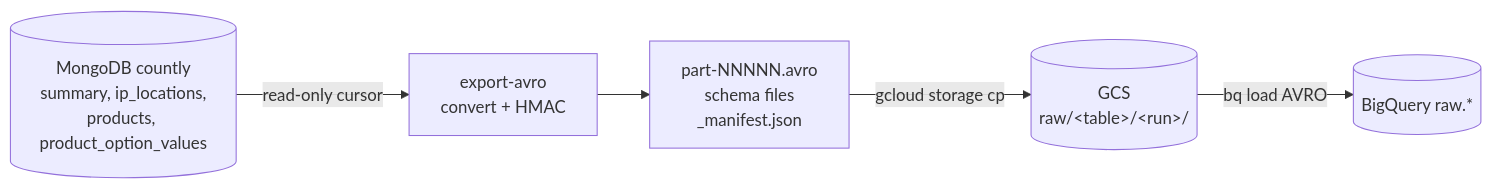
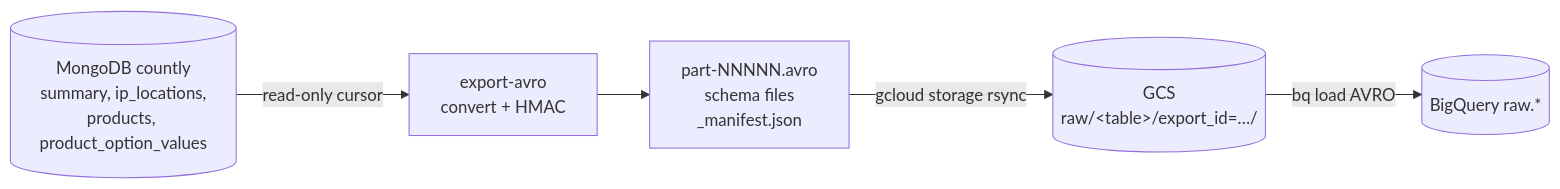
The diagram in docs/raw_layer_contract.md (ducklemon596/ecommerce-clickstream-pipeline-gcp), drawn with Mermaid before and after one commit. The commit also changed other lines of this file and 8 other files, not shown here.

````diff
--- a/docs/raw_layer_contract.md
+++ b/docs/raw_layer_contract.md
@@ -15,7 +15,7 @@
 ```mermaid
 flowchart LR
     M[(MongoDB countly<br/>summary, ip_locations,<br/>products, product_option_values)] -->|read-only cursor| C[export-avro<br/>convert + HMAC]
     C --> F[part-NNNNN.avro<br/>schema files<br/>_manifest.json]
-    F -->|gcloud storage cp| G[(GCS<br/>raw/&lt;table&gt;/&lt;run&gt;/)]
+    F -->|gcloud storage rsync| G[(GCS<br/>raw/&lt;table&gt;/export_id=…/)]
     G -->|bq load AVRO| B[(BigQuery raw.*)]
 ```
````
